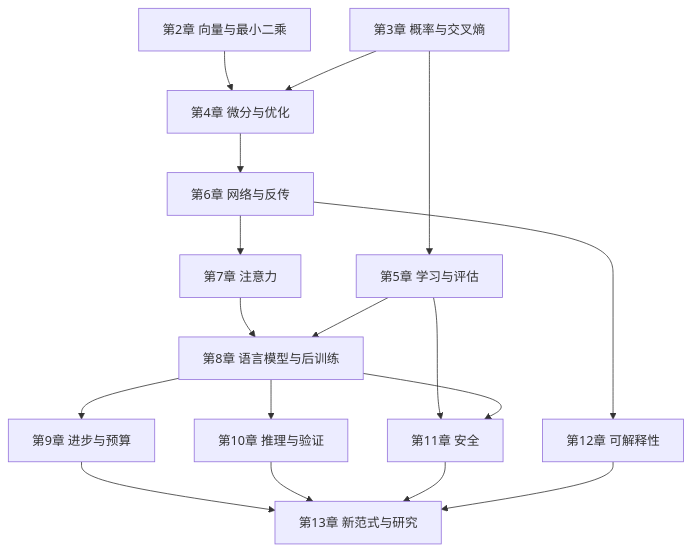
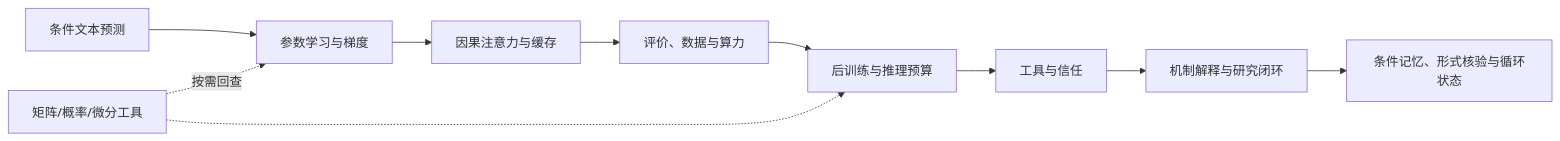
One commit to xhc144/ai-self-study changed the diagram in docs/roadmap.md. Above: the diagram before and after it, drawn with Mermaid. The commit also changed other lines of this file and 443 other files, not shown here.

````diff
--- a/docs/roadmap.md
+++ b/docs/roadmap.md
@@ -5,19 +5,12 @@
 ```mermaid
-flowchart TD
-  A[第2章 向量与最小二乘] --> D[第4章 微分与优化]
-  B[第3章 概率与交叉熵] --> D
-  B --> E[第5章 学习与评估]
-  D --> F[第6章 网络与反传]
-  F --> G[第7章 注意力]
-  G --> H[第8章 语言模型与后训练]
-  E --> H
-  H --> I[第9章 进步与预算]
-  H --> J[第10章 推理与验证]
-  E --> K[第11章 安全]
-  F --> L[第12章 可解释性]
-  H --> K
-  I --> M[第13章 新范式与研究]
-  J --> M
-  K --> M
-  L --> M
+flowchart LR
+ A[条件文本预测] --> B[参数学习与梯度]
+ B --> C[因果注意力与缓存]
+ C --> D[评价、数据与算力]
+ D --> E[后训练与推理预算]
+ E --> F[工具与信任]
+ F --> G[机制解释与研究闭环]
+ G --> H[条件记忆、形式核验与循环状态]
+ M[矩阵/概率/微分工具] -. 按需回查 .-> B
+ M -.-> E
 ```
````
